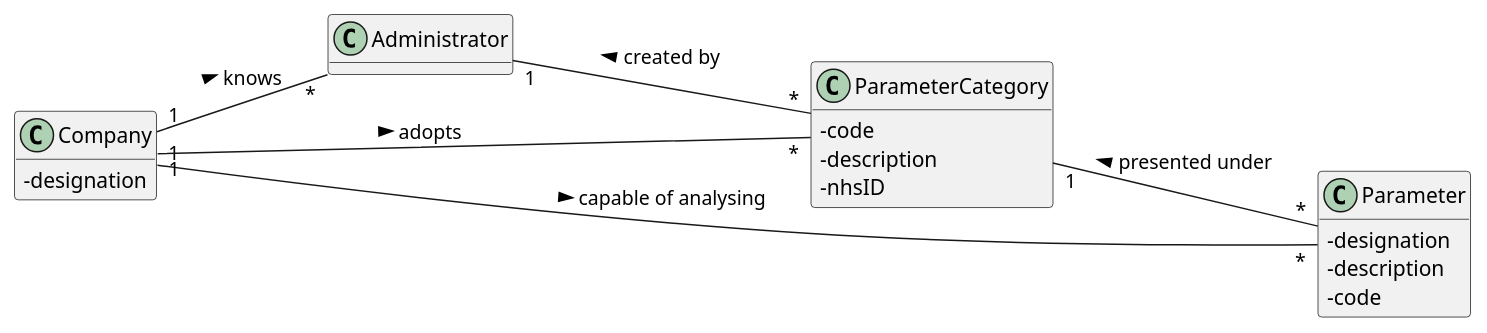
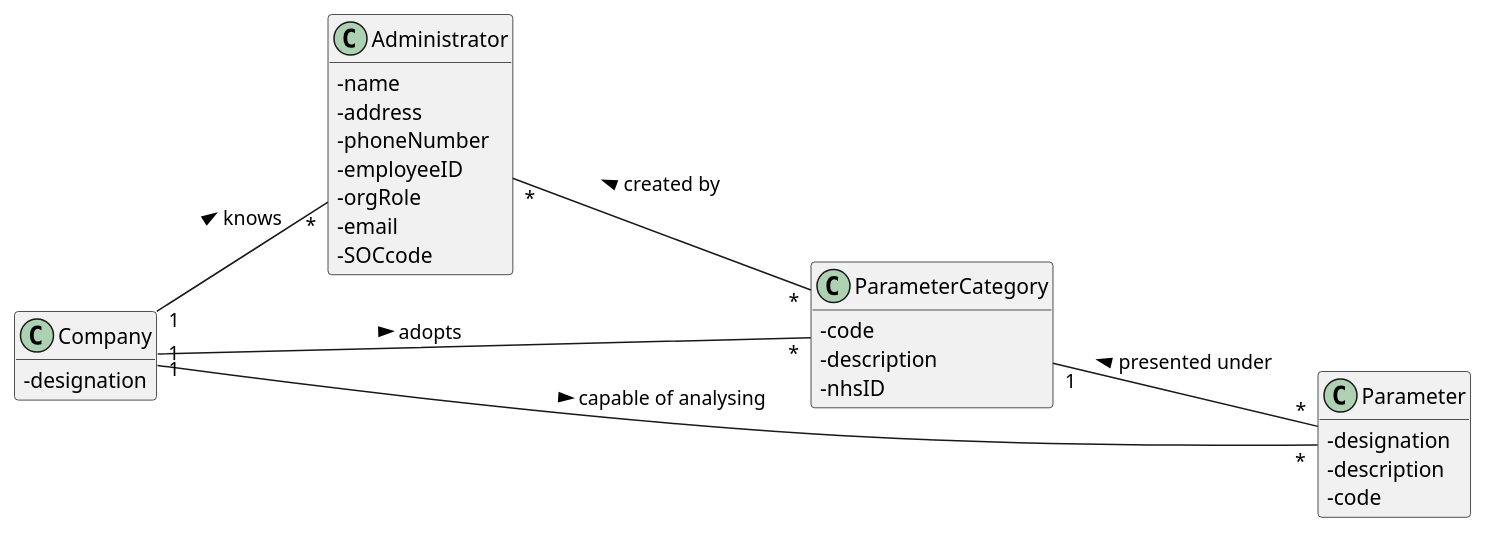
Before and after one commit to 0franciscor/lei-21-s2-1de-g19: the diagram in docs/SprintB/US10/US10-MD.puml, drawn with PlantUML. The commit also changed 2 other files, not shown here.

```diff
--- a/docs/SprintB/US10/US10-MD.puml
+++ b/docs/SprintB/US10/US10-MD.puml
@@ -1,40 +1,47 @@
 @startuml
 'https://plantuml.com/class-diagram
 hide methods
 left to right direction
 class Company
 class Administrator
 class ParameterCategory
 class Parameter
 
 
 Company "1" -- "*" Parameter : > capable of analysing
 Company "1" -- "*" ParameterCategory : > adopts
 Company "1" -- "*" Administrator : > knows
 ParameterCategory "1" -- "*" Parameter : < presented under
-Administrator "1" -- "*" ParameterCategory : < created by
+Administrator "*" -- "*" ParameterCategory : < created by
 
 skinparam classAttributeIconSize 0
 class Company{
 -designation
 }
 
 
 
 class ParameterCategory{
 -code
 -description
 -nhsID
 }
 
 class Parameter{
 -designation
 -description
 -code
 }
 
 class Administrator{
+-name
+-address
+-phoneNumber
+-employeeID
+-orgRole
+-email
+-SOCcode
 }
 
 
 @enduml
```
